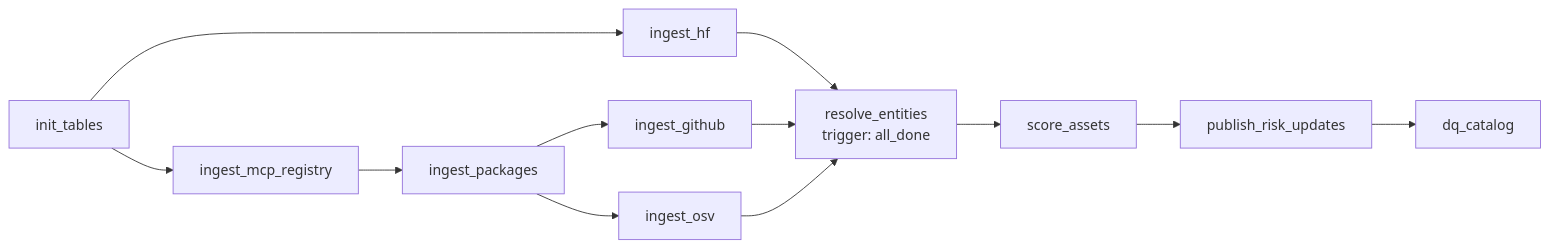
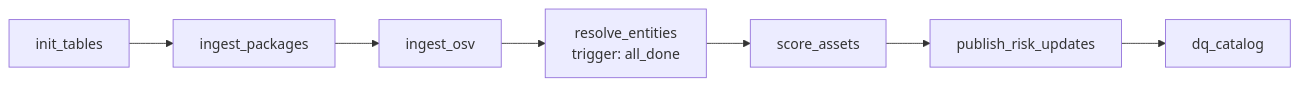
Before and after one commit to sayanah1121/AIRS-Lite-an-AI-Asset-Risk-Lakehouse: the second of 4 diagrams in docs/04-pipelines.md, drawn with Mermaid. The commit also changed other lines of this file and 104 other files, not shown here.

````diff
--- a/docs/04-pipelines.md
+++ b/docs/04-pipelines.md
@@ -198,12 +201,6 @@
 ```mermaid
 flowchart LR
-    init[init_tables] --> hf[ingest_hf]
-    init --> mcp[ingest_mcp_registry]
-    mcp --> pkgs[ingest_packages]
-    pkgs --> gh[ingest_github]
-    pkgs --> osv[ingest_osv]
-    hf --> res[resolve_entities<br/>trigger: all_done]
-    gh --> res
-    osv --> res
+    init[init_tables] --> pkgs[ingest_packages] --> osv[ingest_osv]
+    osv --> res[resolve_entities<br/>trigger: all_done]
     res --> score[score_assets] --> pub[publish_risk_updates] --> dq[dq_catalog]
 ```
````
